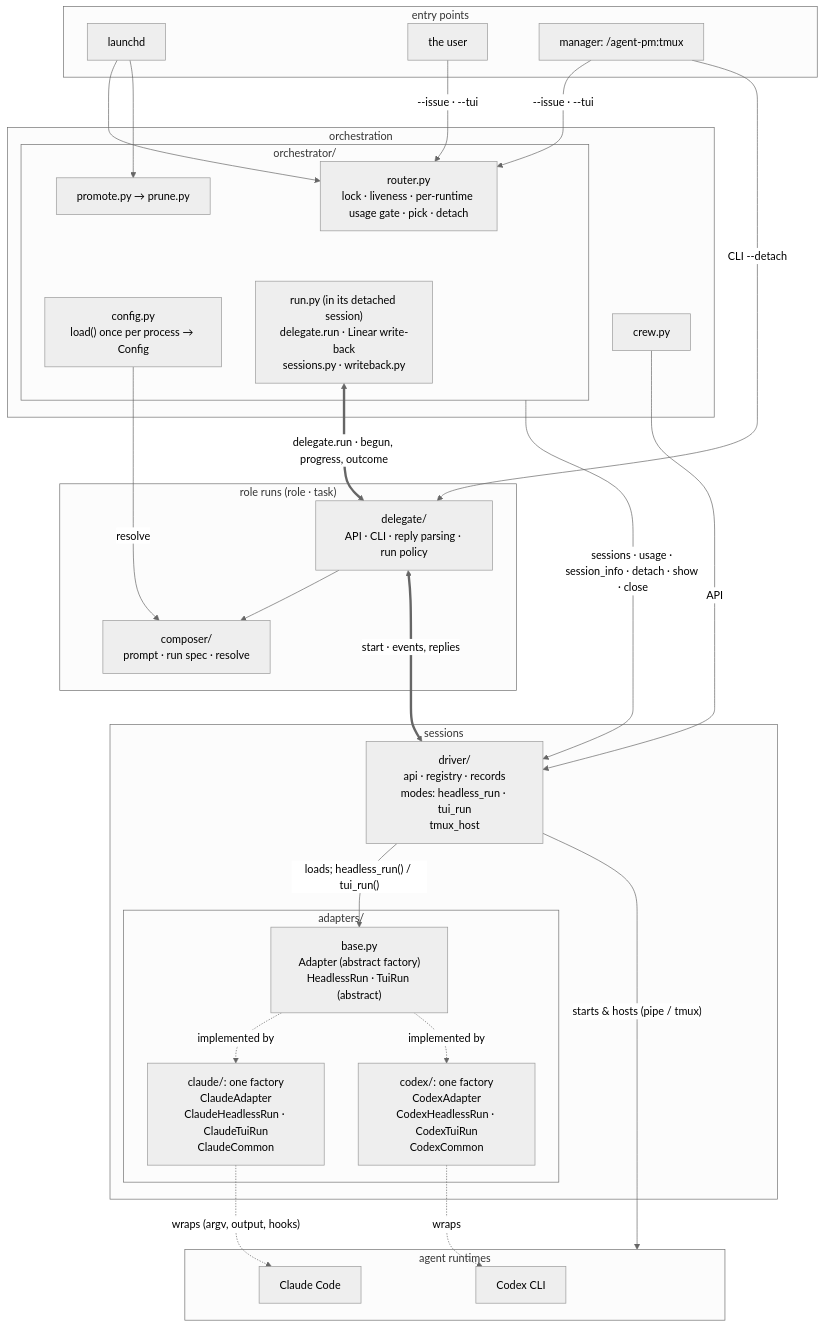
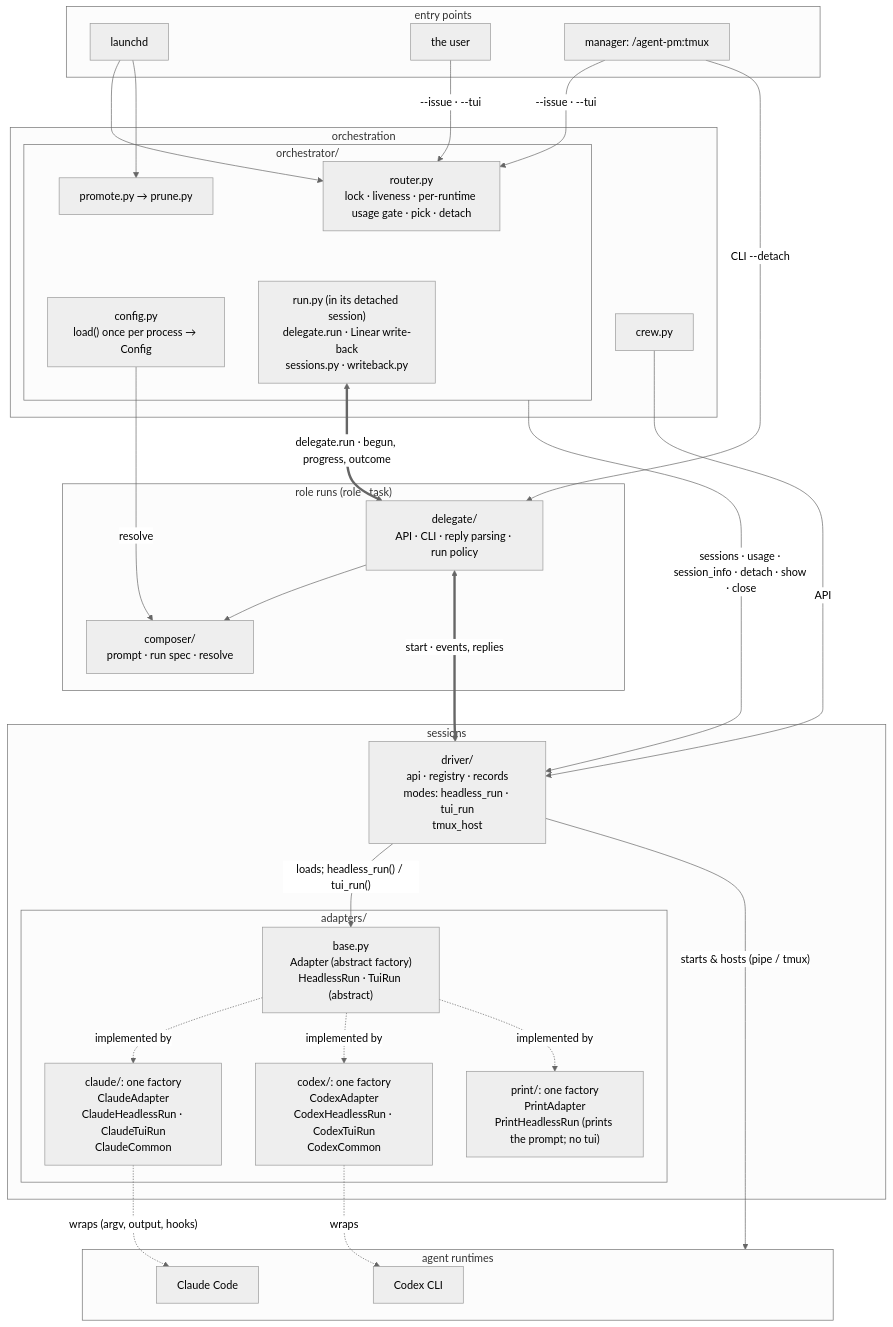
The second of 4 diagrams in README.md (ophis/agent-pm), drawn with Mermaid (neutral theme) before and after one commit.

Commit message:
README: print adapter in the architecture diagram
Claude-Session: https://claude.ai/code/session_01DWNTKp8E4ZkndBswMuqLEu

````diff
--- a/README.md
+++ b/README.md
@@ -20,51 +20,52 @@
 ```mermaid
 flowchart TB
   subgraph EN[entry points]
     LD[launchd]
     HU[the user]
     M["manager: /agent-pm:tmux"]
   end
   subgraph L1[orchestration]
     subgraph OR[orchestrator/]
       R["router.py<br>lock · liveness · per-runtime usage gate · pick · detach"]
       RU["run.py (in its detached session)<br>delegate.run · Linear write-back<br>sessions.py · writeback.py"]
       PP["promote.py → prune.py"]
       CF["config.py<br>load() once per process → Config"]
     end
     W[crew.py]
   end
   subgraph L2["role runs (role · task)"]
     D["delegate/<br>API · CLI · reply parsing · run policy"]
     C["composer/<br>prompt · run spec · resolve"]
   end
   subgraph L3[sessions]
     DR["driver/<br>api · registry · records<br>modes: headless_run · tui_run<br>tmux_host"]
     subgraph AD[adapters/]
       B["base.py<br>Adapter (abstract factory)<br>HeadlessRun · TuiRun (abstract)"]
       CL["claude/: one factory<br>ClaudeAdapter<br>ClaudeHeadlessRun · ClaudeTuiRun<br>ClaudeCommon"]
       CX["codex/: one factory<br>CodexAdapter<br>CodexHeadlessRun · CodexTuiRun<br>CodexCommon"]
+      PR2["print/: one factory<br>PrintAdapter<br>PrintHeadlessRun (prints the prompt; no tui)"]
     end
   end
   subgraph RT[agent runtimes]
     P1[Claude Code]
     P2[Codex CLI]
   end
   LD --> R & PP
   HU -->|"--issue · --tui"| R
   M -->|"--issue · --tui"| R
   M -->|"CLI --detach"| D
   W -->|API| DR
   RU <==>|"delegate.run · begun, progress, outcome"| D
   CF -->|resolve| C
   OR -->|"sessions · usage · session_info · detach · show · close"| DR
   D --> C
   D <==>|"start · events, replies"| DR
   DR -->|"loads; headless_run() / tui_run()"| B
-  B -.->|implemented by| CL & CX
+  B -.->|implemented by| CL & CX & PR2
   DR -->|"starts & hosts (pipe / tmux)"| RT
   CL -.->|"wraps (argv, output, hooks)"| P1
   CX -.->|wraps| P2
   R ~~~ RU
   PP ~~~ CF
   C ~~~ DR
 ```
````
